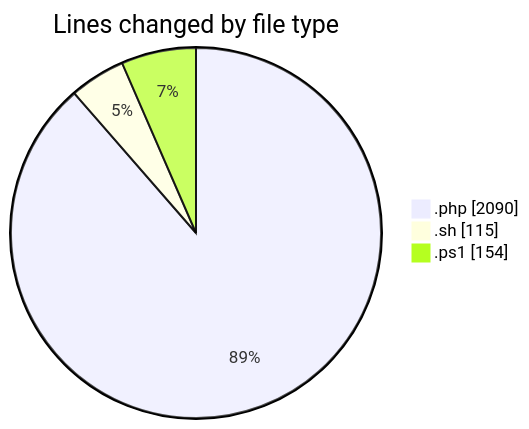
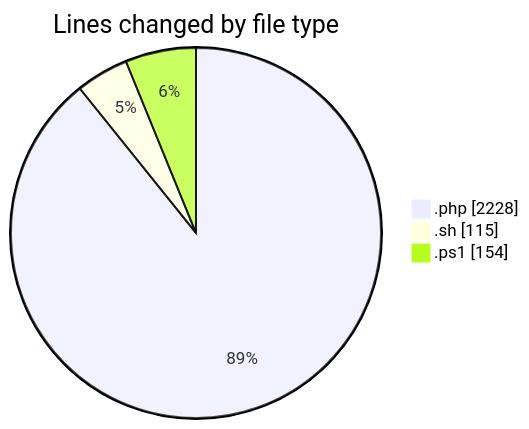
One commit to debugP/code-tracking changed the first of 2 diagrams in 2025-10-06/untitled__workspace_/README.md. Above: the diagram before and after it, drawn with Mermaid. The commit also changed other lines of this file and 1 other file, not shown here.

````diff
--- a/2025-10-06/untitled__workspace_/README.md
+++ b/2025-10-06/untitled__workspace_/README.md
@@ -26,7 +27,7 @@
 ```mermaid
 pie showData
 title Lines changed by file type
-".php" : 2090
+".php" : 2228
 ".sh" : 115
 ".ps1" : 154
 ```
````
